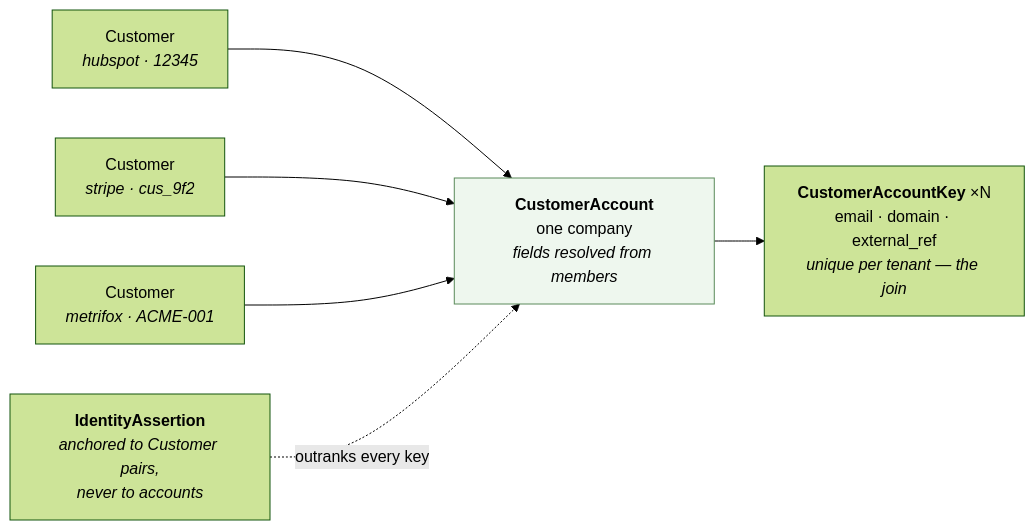
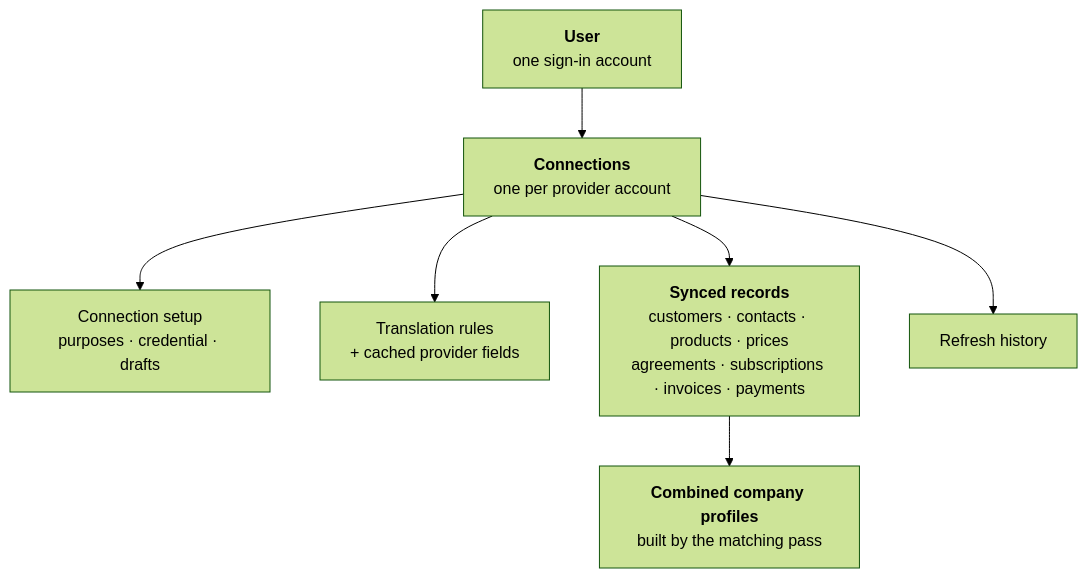
One commit to ajibade-ibrahim/Integration-Demo changed the first of 2 diagrams in docs/data-model.md. Above: the diagram before and after it, drawn with Mermaid (forest theme). The commit also changed other lines of this file and 10 other files, not shown here.

````diff
--- a/docs/data-model.md
+++ b/docs/data-model.md
@@ -653,10 +28,9 @@
 ```mermaid
-flowchart LR
-    C1["Customer<br/><i>hubspot · 12345</i>"] --> A
-    C2["Customer<br/><i>stripe · cus_9f2</i>"] --> A
-    C3["Customer<br/><i>metrifox · ACME-001</i>"] --> A["<b>CustomerAccount</b><br/>one company<br/><i>fields resolved from members</i>"]
-    A --> K["<b>CustomerAccountKey</b> ×N<br/>email · domain · external_ref<br/><i>unique per tenant — the join</i>"]
-    ASRT["<b>IdentityAssertion</b><br/><i>anchored to Customer pairs,<br/>never to accounts</i>"] -.->|"outranks every key"| A
-
-    style A fill:#eef7ee,stroke:#5a8a5a
+flowchart TB
+    U["<b>User</b><br/>one sign-in account"] --> C["<b>Connections</b><br/>one per provider account"]
+    C --> SETUP["Connection setup<br/>purposes · credential · drafts"]
+    C --> RULES["Translation rules<br/>+ cached provider fields"]
+    C --> REC["<b>Synced records</b><br/>customers · contacts · products · prices<br/>agreements · subscriptions · invoices · payments"]
+    REC --> ACC["<b>Combined company profiles</b><br/>built by the matching pass"]
+    C --> RUNS["Refresh history"]
 ```
````
